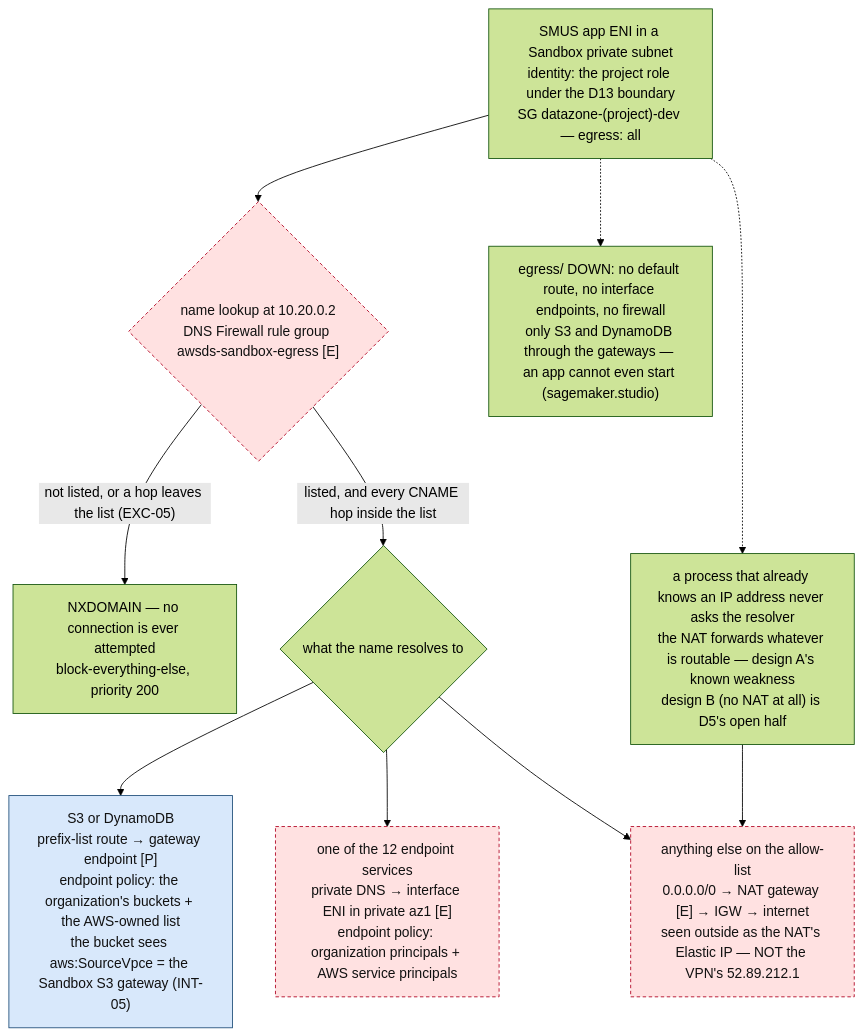
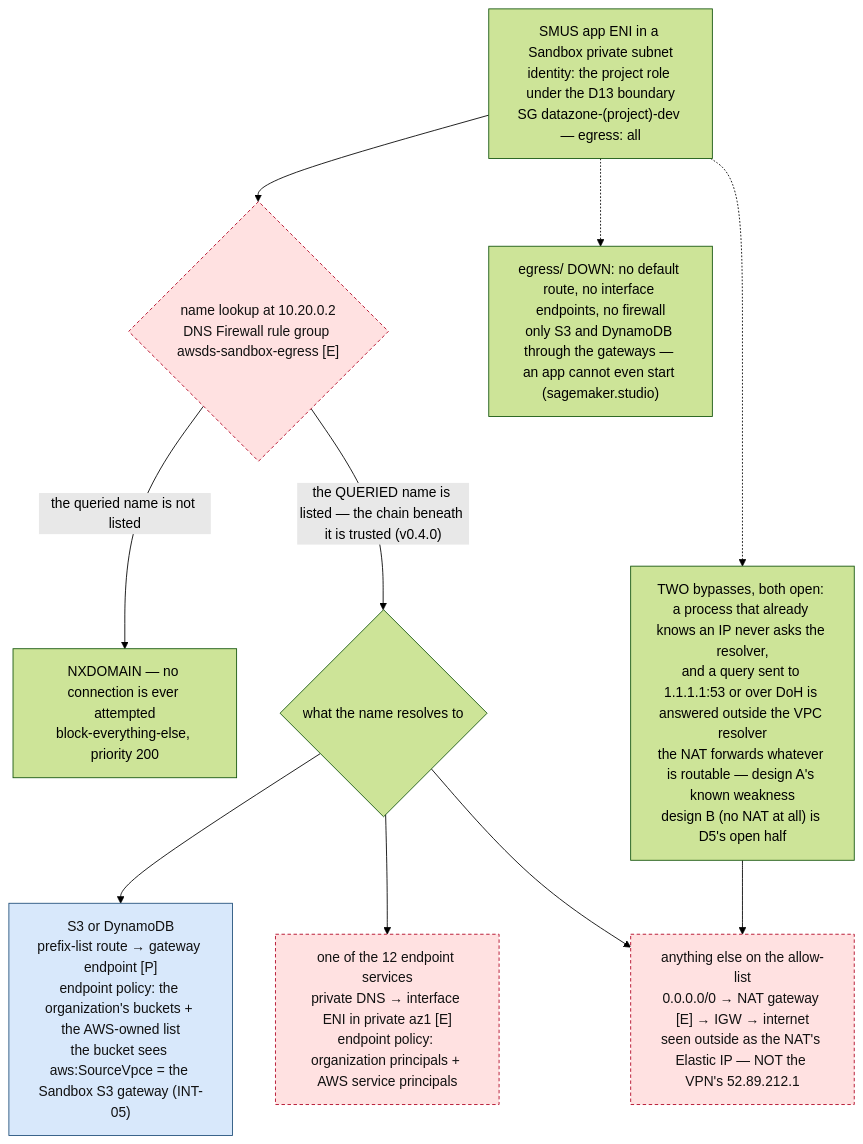
The third of 6 diagrams in docs/NETWORK.md (felipenoris/AWS-DataScience), drawn with Mermaid (forest theme) before and after one commit. The commit also changed other lines of this file and 9 other files, not shown here.

````diff
--- a/docs/NETWORK.md
+++ b/docs/NETWORK.md
@@ -222,27 +222,27 @@
 ```mermaid
 flowchart TB
     APP["SMUS app ENI in a Sandbox private subnet<br/>identity: the project role under the D13 boundary<br/>SG datazone-(project)-dev — egress: all"]
     DNS{"name lookup at 10.20.0.2<br/>DNS Firewall rule group awsds-sandbox-egress [E]"}
     NX["NXDOMAIN — no connection is ever attempted<br/>block-everything-else, priority 200"]
     KIND{"what the name resolves to"}
     GWS3["S3 or DynamoDB<br/>prefix-list route → gateway endpoint [P]<br/>endpoint policy: the organization's buckets + the AWS-owned list<br/>the bucket sees aws:SourceVpce = the Sandbox S3 gateway (INT-05)"]
     IFE["one of the 12 endpoint services<br/>private DNS → interface ENI in private az1 [E]<br/>endpoint policy: organization principals + AWS service principals"]
     NATP["anything else on the allow-list<br/>0.0.0.0/0 → NAT gateway [E] → IGW → internet<br/>seen outside as the NAT's Elastic IP — NOT the VPN's 52.89.212.1"]
     NOROUTE["egress/ DOWN: no default route, no interface endpoints, no firewall<br/>only S3 and DynamoDB through the gateways — an app cannot even start (sagemaker.studio)"]
-    RAWIP["a process that already knows an IP address never asks the resolver<br/>the NAT forwards whatever is routable — design A's known weakness<br/>design B (no NAT at all) is D5's open half"]
+    RAWIP["TWO bypasses, both open: a process that already knows an IP never asks the resolver,<br/>and a query sent to 1.1.1.1:53 or over DoH is answered outside the VPC resolver<br/>the NAT forwards whatever is routable — design A's known weakness<br/>design B (no NAT at all) is D5's open half"]
 
     APP --> DNS
-    DNS -->|"listed, and every CNAME hop inside the list"| KIND
-    DNS -->|"not listed, or a hop leaves the list (EXC-05)"| NX
+    DNS -->|"the QUERIED name is listed — the chain beneath it is trusted (v0.4.0)"| KIND
+    DNS -->|"the queried name is not listed"| NX
     KIND --> GWS3
     KIND --> IFE
     KIND --> NATP
     APP -.-> NOROUTE
     APP -.-> RAWIP
     RAWIP --> NATP
 
     classDef eph fill:#ffe1e1,stroke:#b00020,color:#111,stroke-dasharray: 4 3;
     classDef perm fill:#d8e8fb,stroke:#1f4e79,color:#111;
     class IFE,NATP,DNS eph;
     class GWS3 perm;
 ```
````
